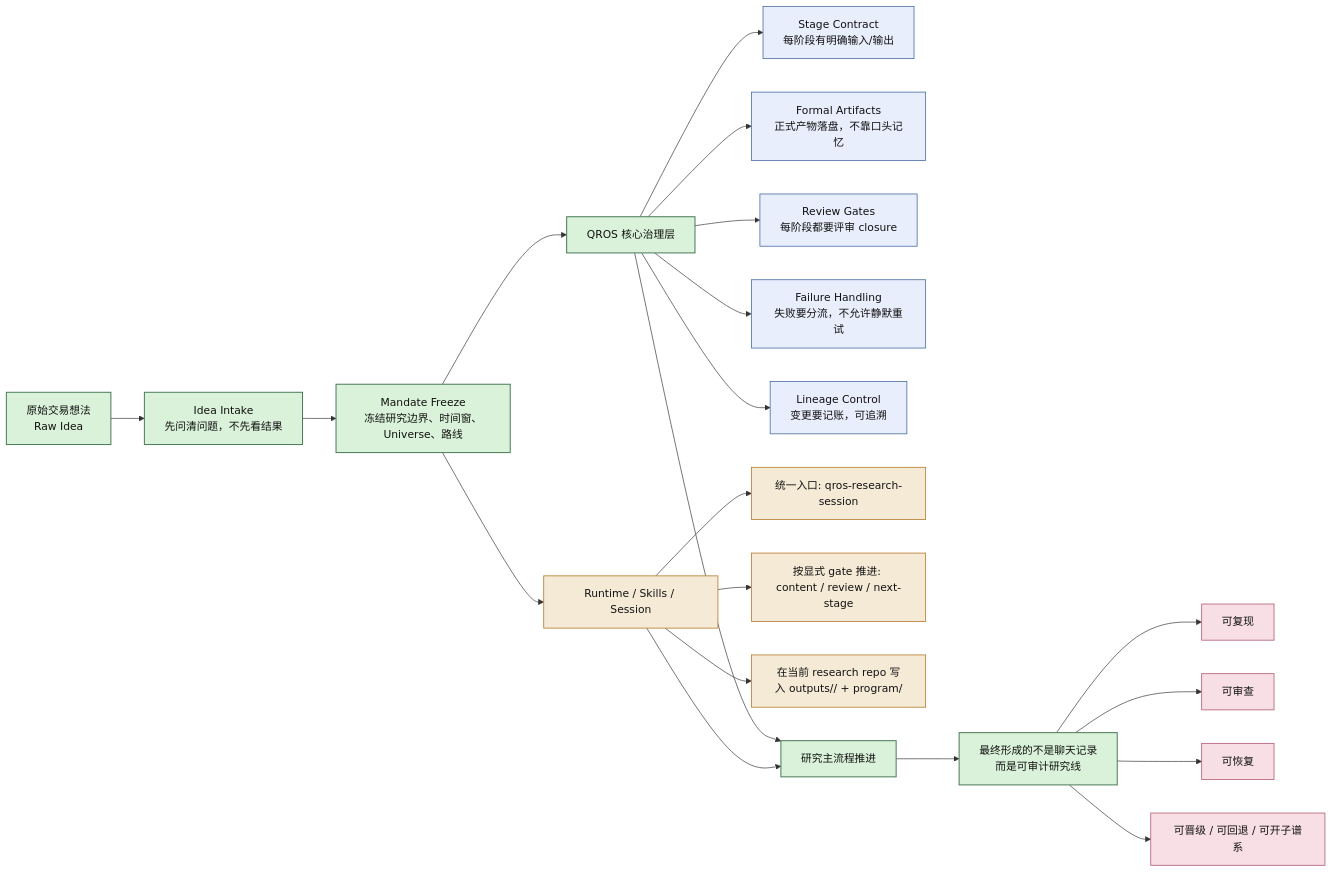
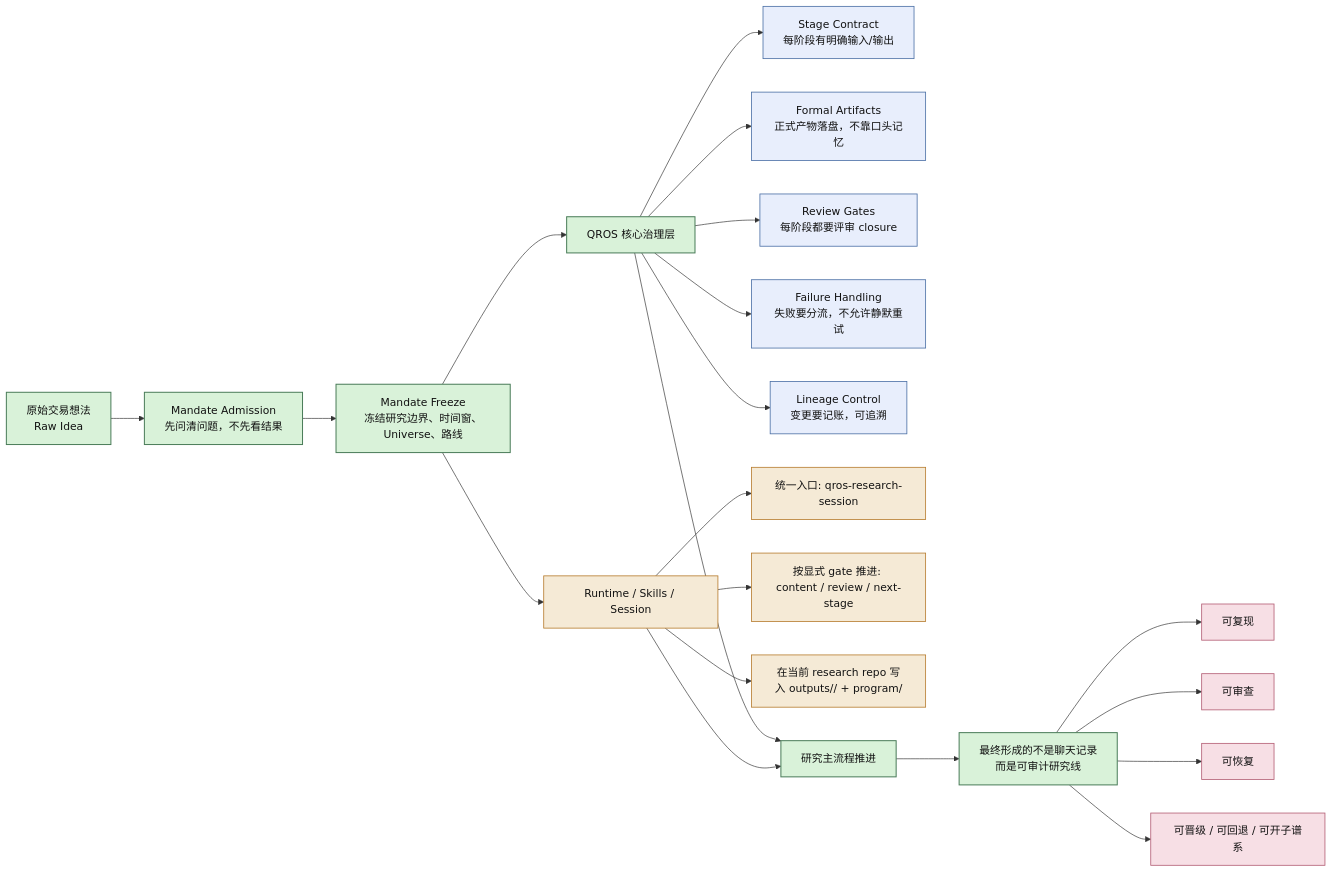
One commit to web3qt/quant-research-os changed the first of 2 diagrams in docs/visuals/README.md. Above: the diagram before and after it, drawn with Mermaid. The commit also changed other lines of this file and 49 other files, not shown here.

Commit message:
Align docs with mandate admission flow

````diff
--- a/docs/visuals/README.md
+++ b/docs/visuals/README.md
@@ -37,38 +37,38 @@
 ```mermaid
 flowchart LR
-    A["原始交易想法<br/>Raw Idea"] --> B["Idea Intake<br/>先问清问题，不先看结果"]
+    A["原始交易想法<br/>Raw Idea"] --> B["Mandate Admission<br/>先问清问题，不先看结果"]
     B --> C["Mandate Freeze<br/>冻结研究边界、时间窗、Universe、路线"]
 
     C --> D["QROS 核心治理层"]
 
     D --> D1["Stage Contract<br/>每阶段有明确输入/输出"]
     D --> D2["Formal Artifacts<br/>正式产物落盘，不靠口头记忆"]
     D --> D3["Review Gates<br/>每阶段都要评审 closure"]
     D --> D4["Failure Handling<br/>失败要分流，不允许静默重试"]
     D --> D5["Lineage Control<br/>变更要记账，可追溯"]
 
     C --> E["Runtime / Skills / Session"]
     E --> E1["统一入口: qros-research-session"]
     E --> E2["按显式 gate 推进: content / review / next-stage"]
     E --> E3["在当前 research repo 写入 outputs/<lineage_id>/ + program/"]
 
     D --> F["研究主流程推进"]
     E --> F
 
     F --> G["最终形成的不是聊天记录<br/>而是可审计研究线"]
 
     G --> G1["可复现"]
     G --> G2["可审查"]
     G --> G3["可恢复"]
     G --> G4["可晋级 / 可回退 / 可开子谱系"]
 
     classDef main fill:#d9f2d9,stroke:#4a7c59,stroke-width:1.5px,color:#111;
     classDef control fill:#e8eefc,stroke:#4a6fa5,stroke-width:1.2px,color:#111;
     classDef runtime fill:#f5ead6,stroke:#b67b2d,stroke-width:1.2px,color:#111;
     classDef outcome fill:#f7dfe5,stroke:#b35d74,stroke-width:1.2px,color:#111;
 
     class A,B,C,D,F,G main;
     class D1,D2,D3,D4,D5 control;
     class E,E1,E2,E3 runtime;
     class G1,G2,G3,G4 outcome;
 ```
````
